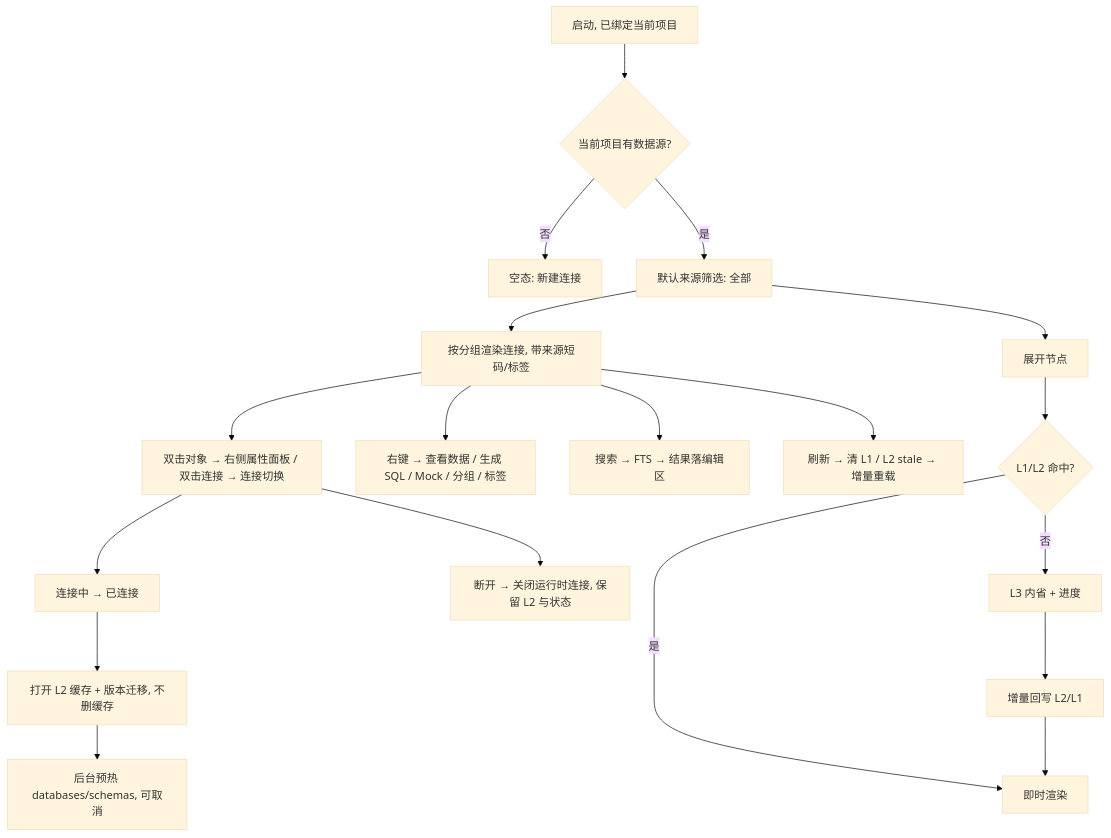
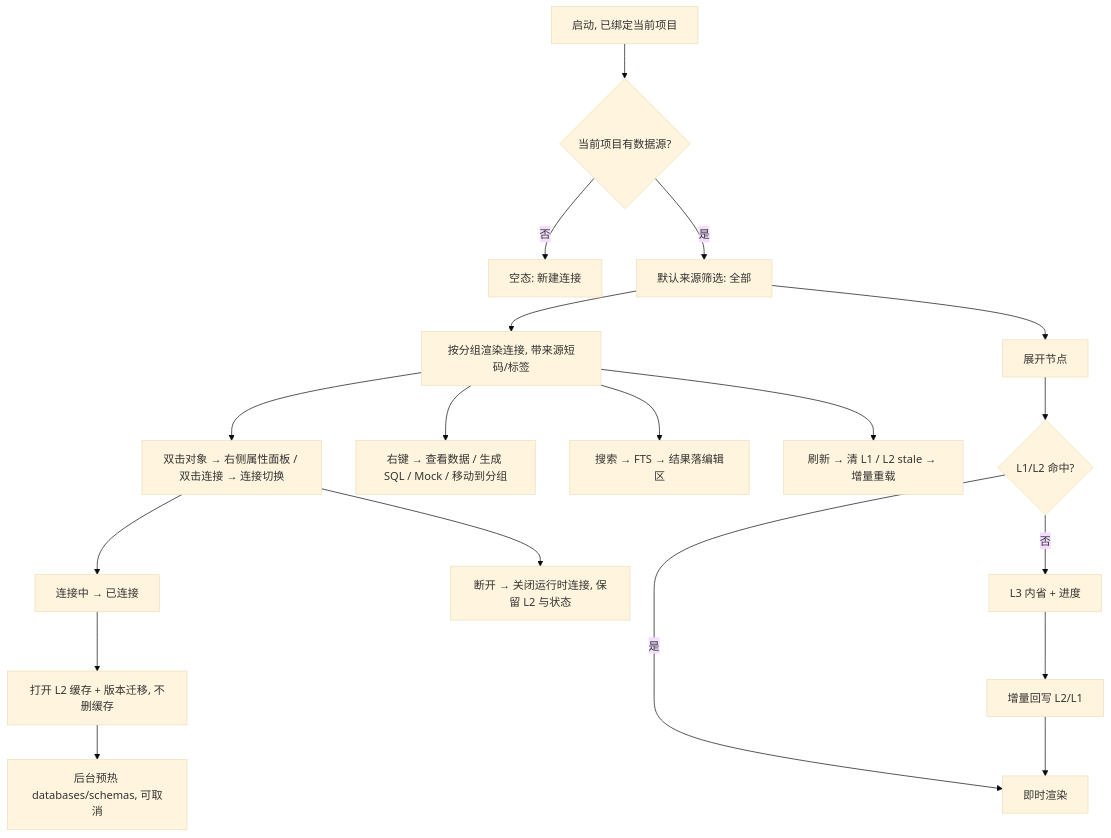
One commit to ling-love-xin/RdataStation-v2 changed the diagram in docs/architecture/database/database-navigator-prototype-design.md. Above: the diagram before and after it, drawn with Mermaid (base theme). The commit also changed other lines of this file and 5 other files, not shown here.

````diff
--- a/docs/architecture/database/database-navigator-prototype-design.md
+++ b/docs/architecture/database/database-navigator-prototype-design.md
@@ -512,19 +512,19 @@
 ```mermaid
 flowchart TD
     A[启动, 已绑定当前项目] --> B{当前项目有数据源?}
     B -- 否 --> C[空态: 新建连接]
     B -- 是 --> D[默认来源筛选: 全部]
     D --> E[按分组渲染连接, 带来源短码/标签]
     E --> F[双击对象 → 右侧属性面板 / 双击连接 → 连接切换]
     F --> G[连接中 → 已连接]
     G --> H[打开 L2 缓存 + 版本迁移, 不删缓存]
     H --> I[后台预热 databases/schemas, 可取消]
     D --> J[展开节点]
     J --> K{L1/L2 命中?}
     K -- 是 --> L[即时渲染]
     K -- 否 --> M[L3 内省 + 进度] --> N[增量回写 L2/L1] --> L
-    E --> O[右键 → 查看数据 / 生成 SQL / Mock / 分组 / 标签]
+    E --> O[右键 → 查看数据 / 生成 SQL / Mock / 移动到分组]
     E --> P[搜索 → FTS → 结果落编辑区]
     E --> Q[刷新 → 清 L1 / L2 stale → 增量重载]
     F --> R[断开 → 关闭运行时连接, 保留 L2 与状态]
 ```
````
